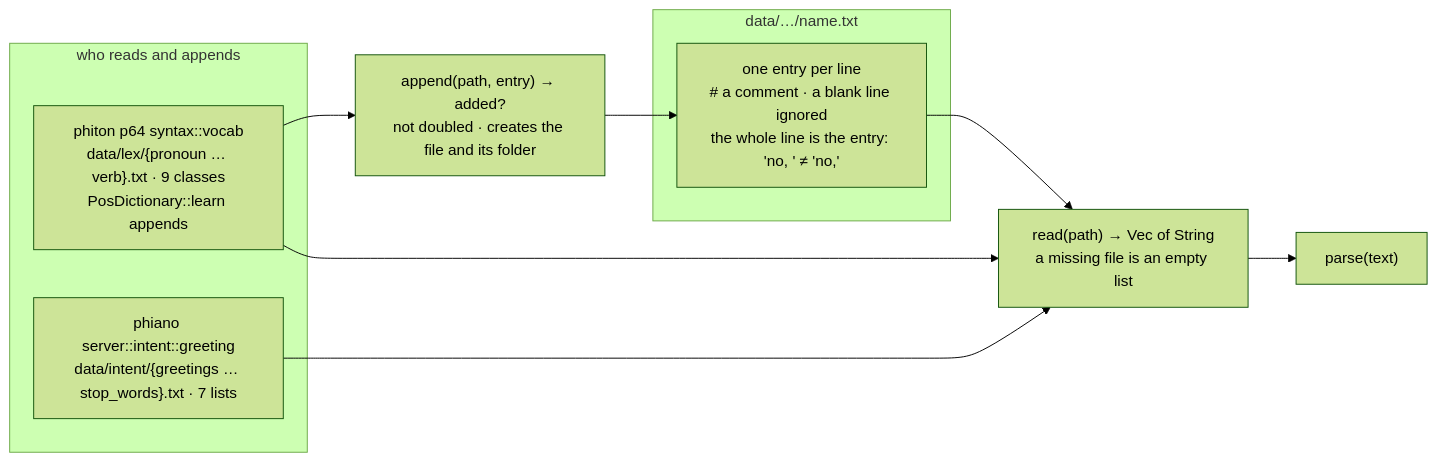
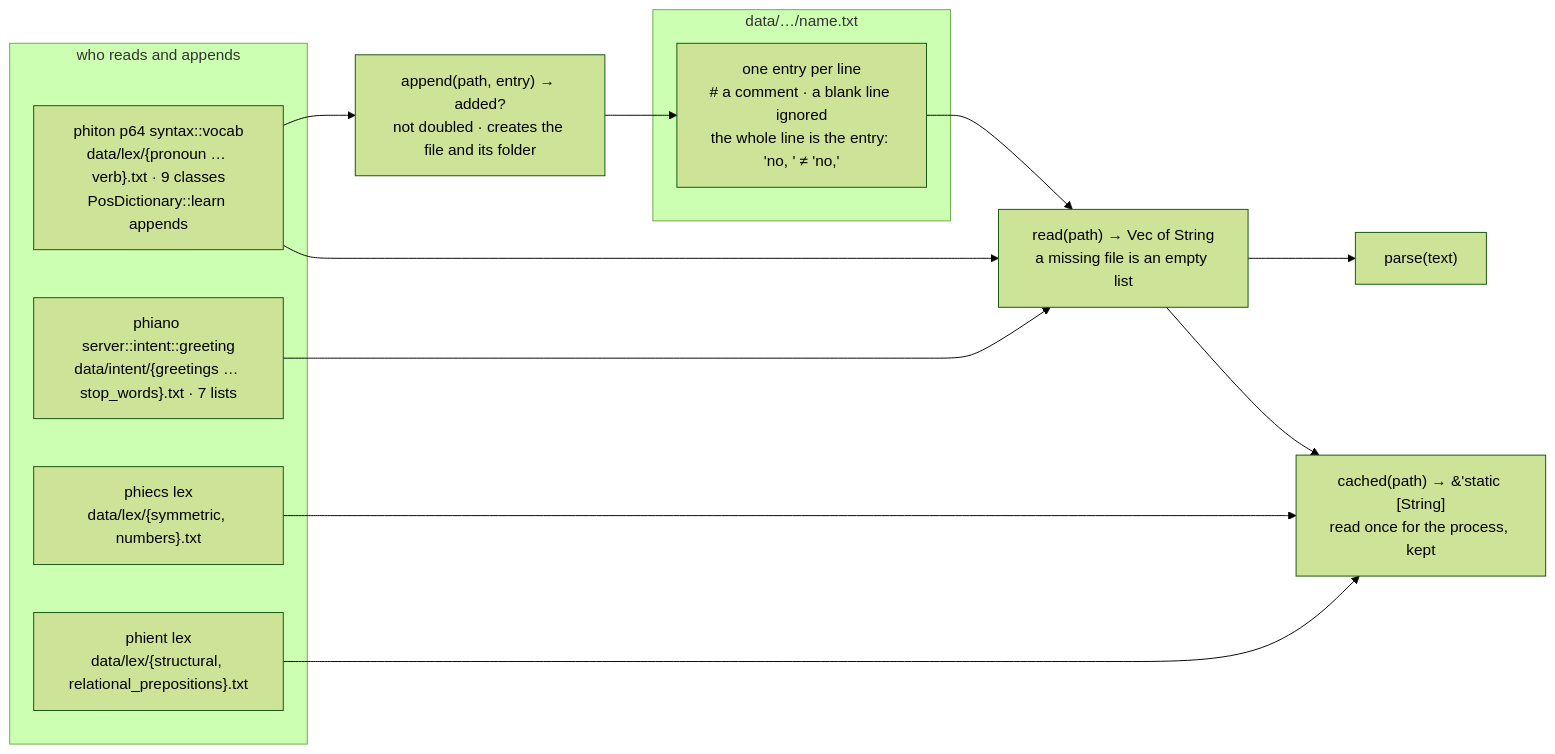
Before and after one commit to gemphi/phinet: the diagram in docs/phistd/lexfile.md, drawn with Mermaid (forest theme). The commit also changed other lines of this file and 2 other files, not shown here.

Commit message:
lexfile::cached (a list read once for the process); phiecs and phient word lists are files; TODO and lexfile doc

````diff
--- a/docs/phistd/lexfile.md
+++ b/docs/phistd/lexfile.md
@@ -5,18 +5,24 @@
 ```mermaid
 graph LR
     subgraph file["data/…/name.txt"]
         F["one entry per line<br/># a comment · a blank line ignored<br/>the whole line is the entry: 'no, ' ≠ 'no,'"]
     end
     read["read(path) → Vec of String<br/>a missing file is an empty list"]
     parse["parse(text)"]
     append["append(path, entry) → added?<br/>not doubled · creates the file and its folder"]
+    cached["cached(path) → &'static [String]<br/>read once for the process, kept"]
+    read --> cached
     F --> read --> parse
     append --> F
     subgraph readers["who reads and appends"]
         Phiton["phiton p64 syntax::vocab<br/>data/lex/{pronoun … verb}.txt · 9 classes<br/>PosDictionary::learn appends"]
         Phiano["phiano server::intent::greeting<br/>data/intent/{greetings … stop_words}.txt · 7 lists"]
+        Phiecs["phiecs lex<br/>data/lex/{symmetric, numbers}.txt"]
+        Phient["phient lex<br/>data/lex/{structural, relational_prepositions}.txt"]
     end
     Phiton --> read
     Phiton --> append
     Phiano --> read
+    Phiecs --> cached
+    Phient --> cached
 ```
````
